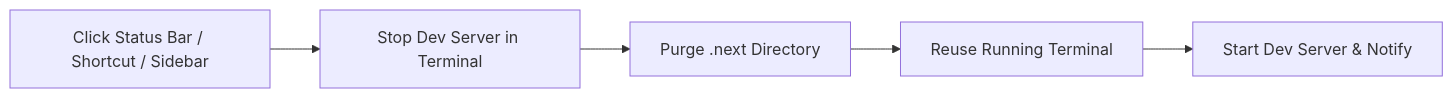
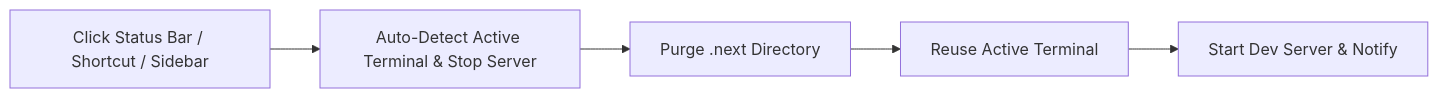
Before and after one commit to Eugee29/next-clean-restart: the diagram in README.md, drawn with Mermaid. The commit also changed other lines of this file and 4 other files, not shown here.

Commit message:
feat: add keybinding editor and automatic active terminal detection

````diff
--- a/README.md
+++ b/README.md
@@ -25,7 +27,7 @@
 ```mermaid
 flowchart LR
-    A[Click Status Bar / Shortcut / Sidebar] --> B[Stop Dev Server in Terminal]
+    A[Click Status Bar / Shortcut / Sidebar] --> B[Auto-Detect Active Terminal & Stop Server]
     B --> C[Purge .next Directory]
-    C --> D[Reuse Running Terminal]
+    C --> D[Reuse Active Terminal]
     D --> E[Start Dev Server & Notify]
 ```
````
